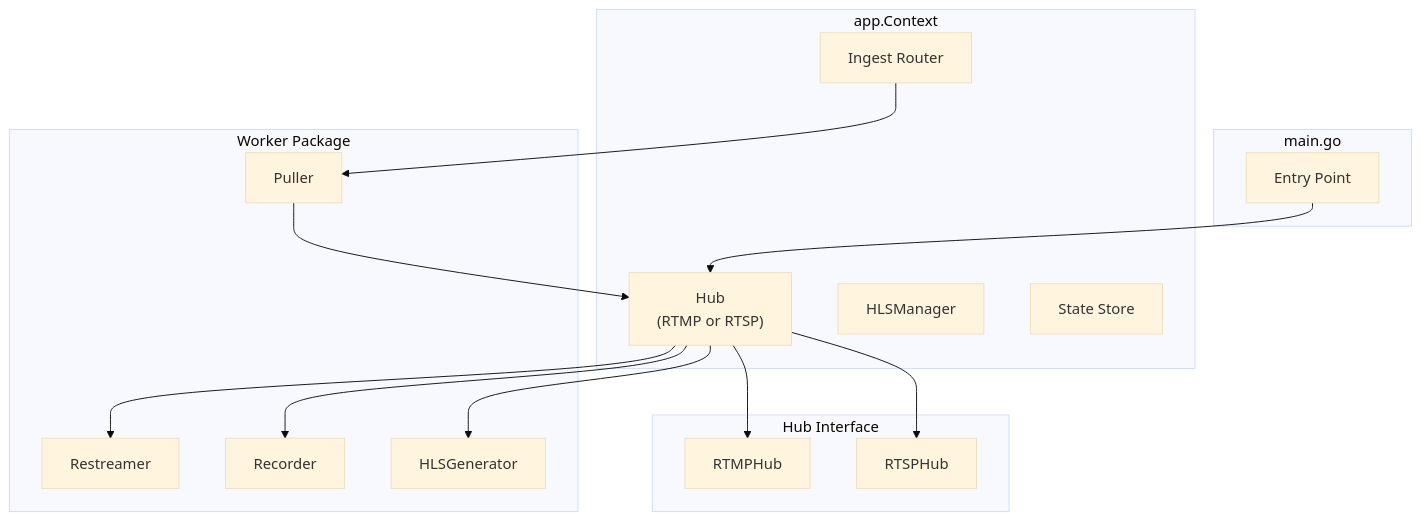
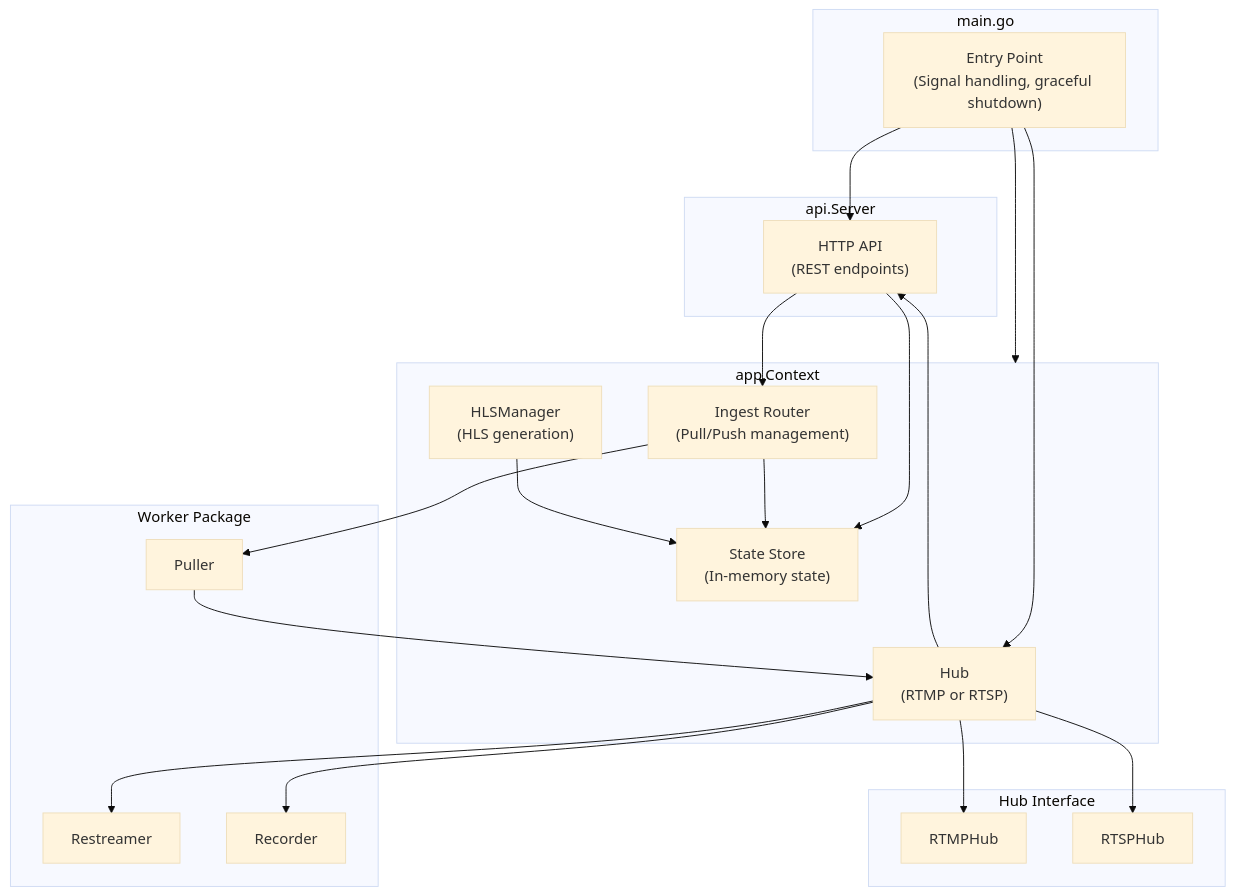
Before and after one commit to krsna1729/go-mls: the first of 5 diagrams in docs/architecture.md, drawn with Mermaid (base theme). The commit also changed other lines of this file and 1 other file, not shown here.

Commit message:
Fix data race in ProcessWorker and update architecture docs

````diff
--- a/docs/architecture.md
+++ b/docs/architecture.md
@@ -19,34 +20,43 @@
 ```mermaid
 flowchart TB
     subgraph main["main.go"]
-        A["Entry Point"]
+        A["Entry Point<br/>(Signal handling, graceful shutdown)"]
     end
     
     subgraph app["app.Context"]
         B["Hub<br/>(RTMP or RTSP)"]
-        C["Ingest Router"]
-        D["HLSManager"]
-        E["State Store"]
+        C["Ingest Router<br/>(Pull/Push management)"]
+        D["HLSManager<br/>(HLS generation)"]
+        E["State Store<br/>(In-memory state)"]
+    end
+    
+    subgraph api["api.Server"]
+        F["HTTP API<br/>(REST endpoints)"]
     end
     
     subgraph hub["Hub Interface"]
-        F["RTMPHub"]
-        G["RTSPHub"]
+        G["RTMPHub"]
+        H["RTSPHub"]
     end
     
     subgraph workers["Worker Package"]
-        H["Puller"]
-        I["Restreamer"]
-        J["Recorder"]
-        K["HLSGenerator"]
+        I["Puller"]
+        J["Restreamer"]
+        K["Recorder"]
     end
     
+    A --> F
     A --> B
+    A --> app
+    F --> C
+    F --> E
+    C --> I
+    C --> E
     B --> F
     B --> G
-    C --> H
-    H --> B
-    B --> I
+    B --> H
+    I --> B
     B --> J
     B --> K
+    D --> E
 ```
````
